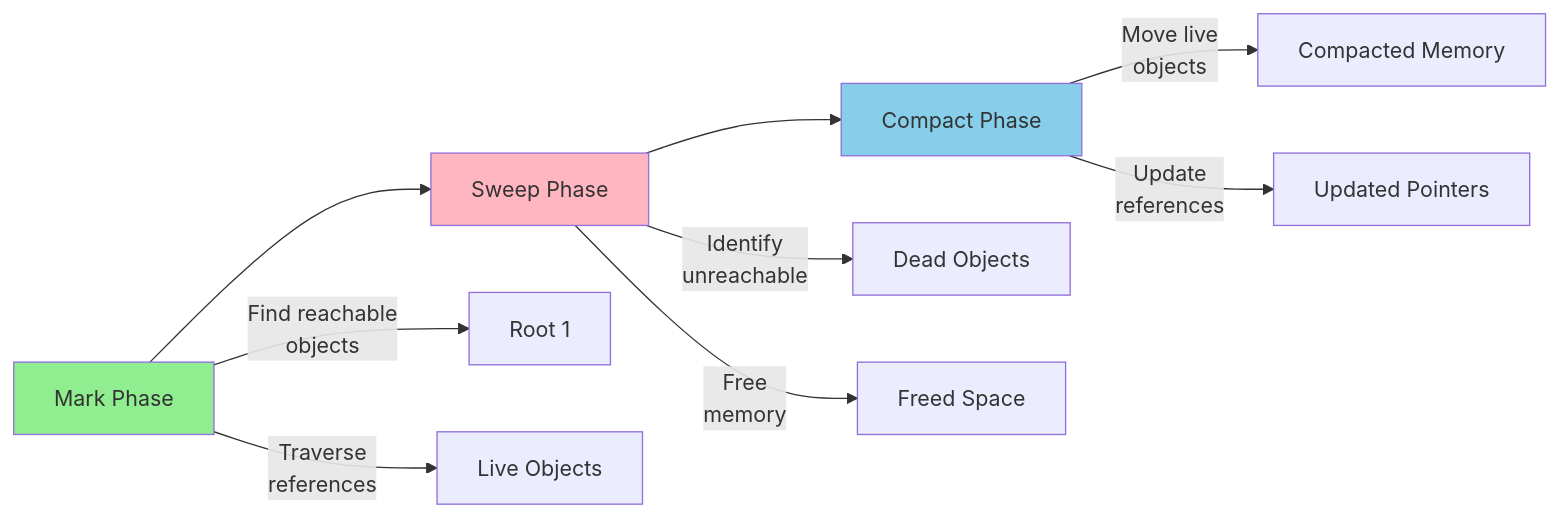
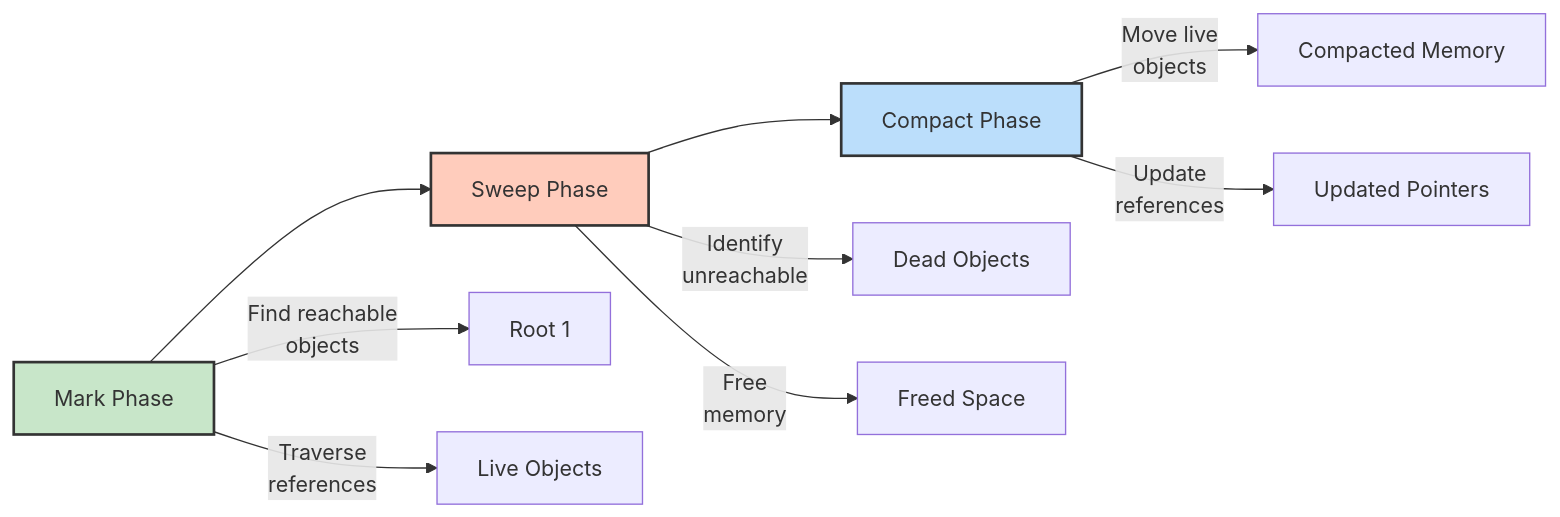
Before and after one commit to NguyenPhamCode4You/ai-home-lab-docker-compose: the third of 7 diagrams in C# fundamentals/day02-memory-gc.md, drawn with Mermaid. The commit also changed other lines of this file and 10 other files, not shown here.

````diff
--- a/C# fundamentals/day02-memory-gc.md
+++ b/C# fundamentals/day02-memory-gc.md
@@ -223,17 +223,17 @@
 ```mermaid
 graph LR
     A[Mark Phase] --> B[Sweep Phase] --> C[Compact Phase]
 
     A -->|Find reachable<br/>objects| A1[Root 1]
     A -->|Traverse<br/>references| A2[Live Objects]
 
     B -->|Identify<br/>unreachable| B1[Dead Objects]
     B -->|Free<br/>memory| B2[Freed Space]
 
     C -->|Move live<br/>objects| C1[Compacted Memory]
     C -->|Update<br/>references| C2[Updated Pointers]
 
-    style A fill:#90EE90
-    style B fill:#FFB6C1
-    style C fill:#87CEEB
+    style A fill:#c8e6c9,stroke:#333,stroke-width:2px
+    style B fill:#ffccbc,stroke:#333,stroke-width:2px
+    style C fill:#bbdefb,stroke:#333,stroke-width:2px
 ```
````
